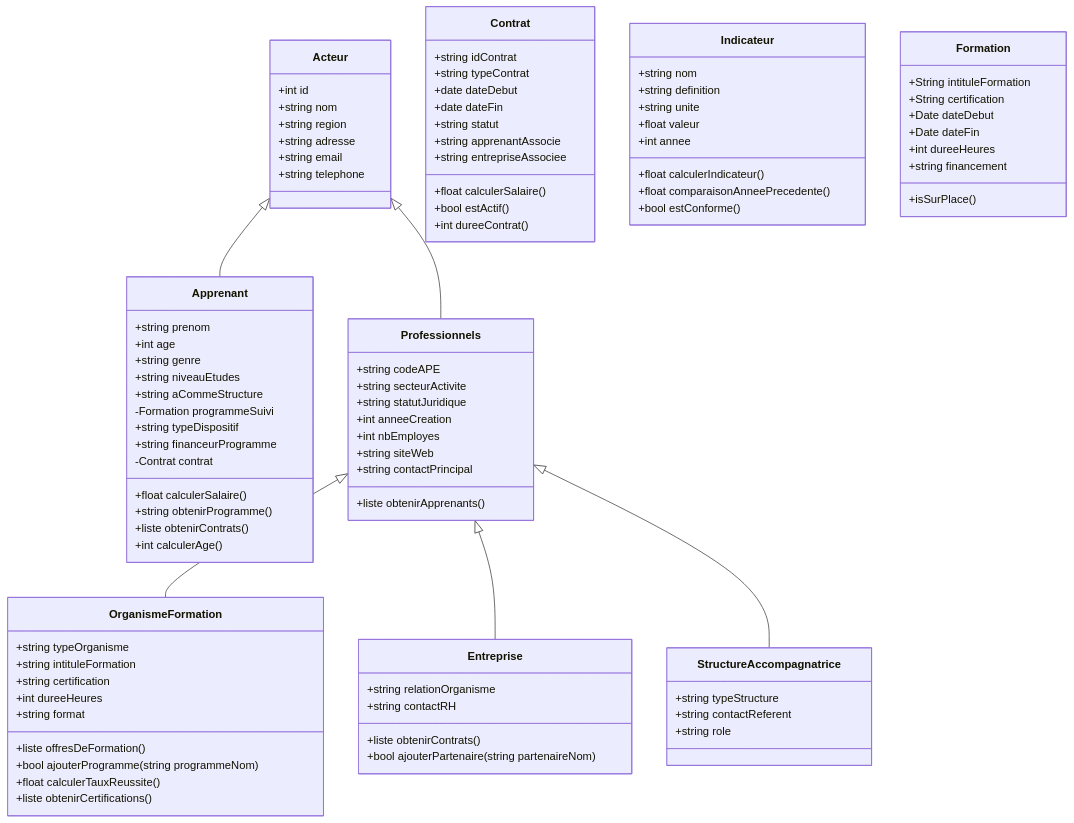
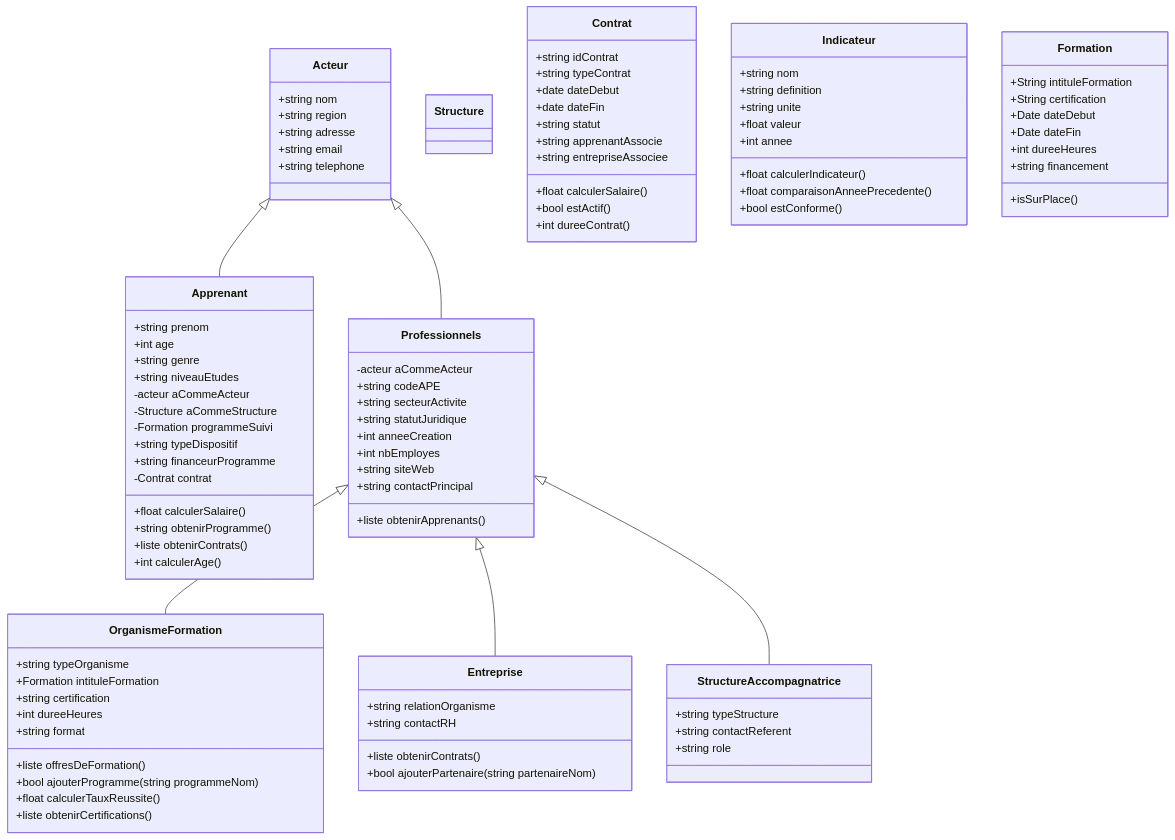
Before and after one commit to bouzidifatimazohra00-ux/inclusion-numerique-93: the diagram in acteurs.md, drawn with Mermaid.

Commit message:
Add Structure class and modify Acteur relationships
Added Structure class and updated relationships in Acteur and Professionnels classes to facilitate Omeka import

```diff
--- a/acteurs.md
+++ b/acteurs.md
@@ -8,8 +8,10 @@
 Professionnels <|-- Entreprise
 Professionnels <|-- StructureAccompagnatrice
 
+class Structure{
+}
+
 class Acteur {
-  +int id
   +string nom
   +string region
   +string adresse
@@ -18,6 +20,7 @@
 }
 
 class Professionnels {
+  -acteur aCommeActeur
   +string codeAPE
   +string secteurActivite
   +string statutJuridique
@@ -33,7 +36,8 @@
   +int age
   +string genre
   +string niveauEtudes
-  +string aCommeStructure
+  -acteur aCommeActeur
+  -Structure aCommeStructure
   -Formation programmeSuivi       
   +string typeDispositif       
   +string financeurProgramme
@@ -46,7 +50,7 @@
 
 class OrganismeFormation {
   +string typeOrganisme
-  +string intituleFormation
+  +Formation intituleFormation
   +string certification
   +int dureeHeures
   +string format
```
